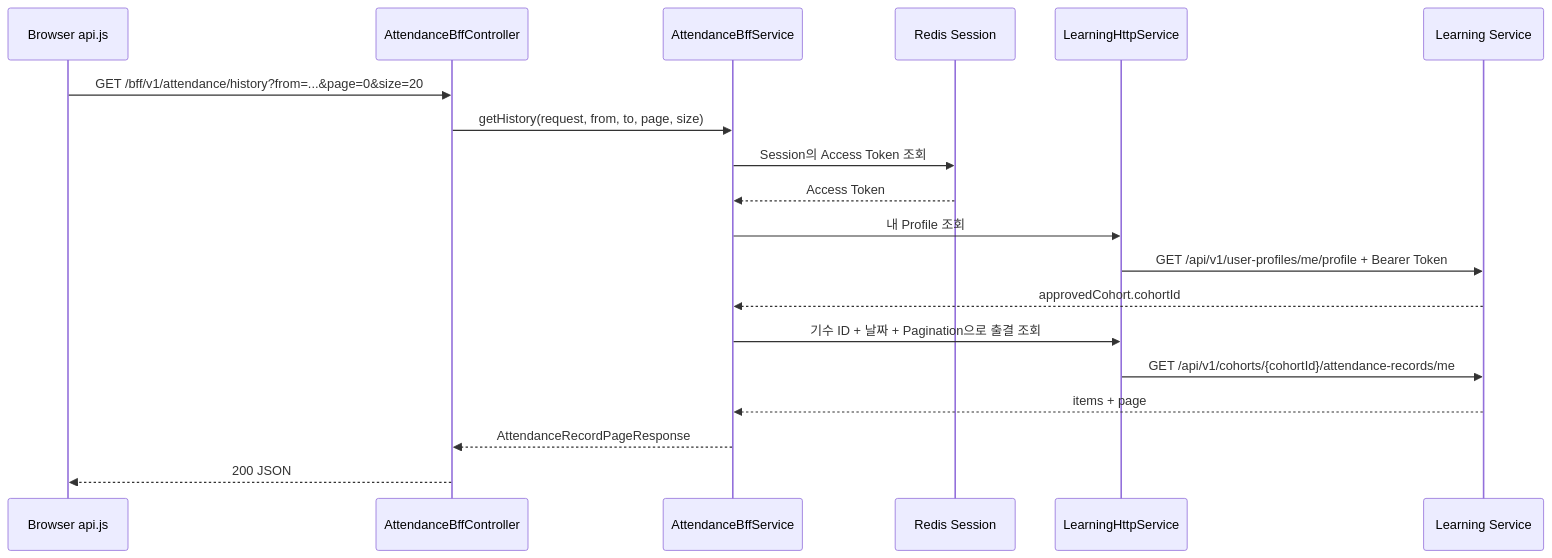
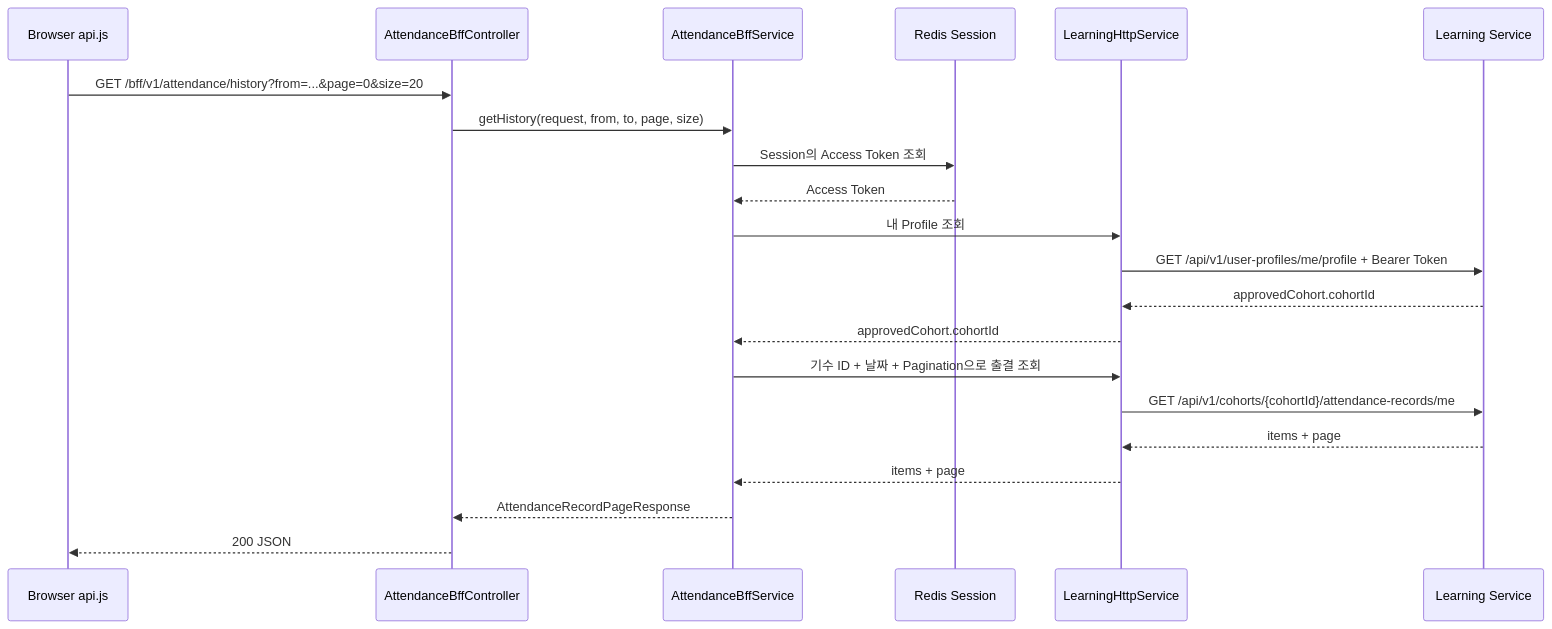
The second of 2 diagrams in docs/onboarding/04-bff-request-flow.md (nhnacademy-aiot3-omagotchi/omagotchi-frontend), drawn with Mermaid before and after one commit. The commit also changed 1 other file, not shown here.

Commit message:
docs: Learning 호출 흐름과 오류 코드 표기 정정

````diff
--- a/docs/onboarding/04-bff-request-flow.md
+++ b/docs/onboarding/04-bff-request-flow.md
@@ -175,22 +175,24 @@
 ```mermaid
 sequenceDiagram
     participant JS as Browser api.js
     participant C as AttendanceBffController
     participant S as AttendanceBffService
     participant R as Redis Session
     participant H as LearningHttpService
     participant L as Learning Service
 
     JS->>C: GET /bff/v1/attendance/history?from=...&page=0&size=20
     C->>S: getHistory(request, from, to, page, size)
     S->>R: Session의 Access Token 조회
     R-->>S: Access Token
     S->>H: 내 Profile 조회
     H->>L: GET /api/v1/user-profiles/me/profile + Bearer Token
-    L-->>S: approvedCohort.cohortId
+    L-->>H: approvedCohort.cohortId
+    H-->>S: approvedCohort.cohortId
     S->>H: 기수 ID + 날짜 + Pagination으로 출결 조회
     H->>L: GET /api/v1/cohorts/{cohortId}/attendance-records/me
-    L-->>S: items + page
+    L-->>H: items + page
+    H-->>S: items + page
     S-->>C: AttendanceRecordPageResponse
     C-->>JS: 200 JSON
 ```
````
